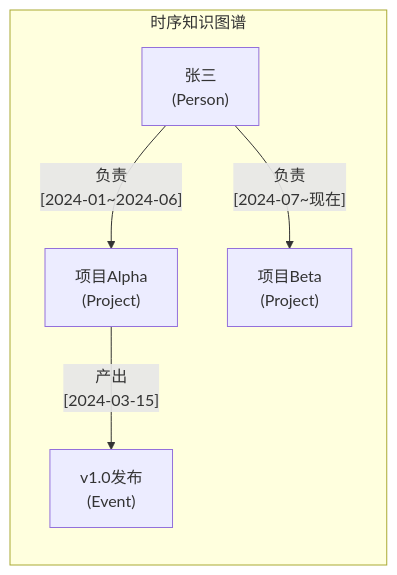
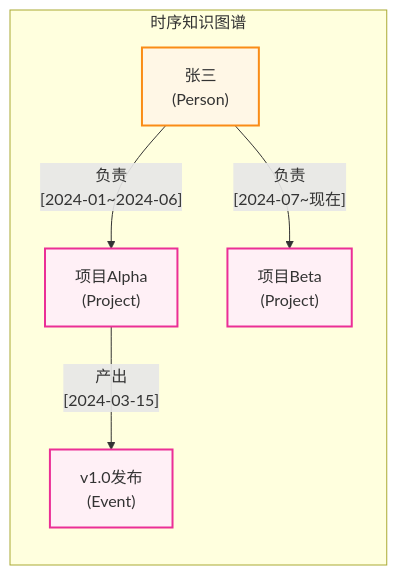
Before and after one commit to yeasy/agentic_ai_guide: the second of 4 diagrams in 03_memory/3.5_graph_memory.md, drawn with Mermaid. The commit also changed other lines of this file and 36 other files, not shown here.

````diff
--- a/03_memory/3.5_graph_memory.md
+++ b/03_memory/3.5_graph_memory.md
@@ -44,13 +52,20 @@
 ```mermaid
 graph LR
+    %% Agentic Design System
+    classDef user fill:#fff7e6,stroke:#fa8c16,stroke-width:2px;
+    classDef memory fill:#fff0f6,stroke:#eb2f96,stroke-width:2px;
+
     subgraph TKG["时序知识图谱"]
         E1["张三<br/>(Person)"]
         E2["项目Alpha<br/>(Project)"]
         E3["v1.0发布<br/>(Event)"]
         E4["项目Beta<br/>(Project)"]
         
         E1 -->|"负责<br/>[2024-01~2024-06]"| E2
         E1 -->|"负责<br/>[2024-07~现在]"| E4
         E2 -->|"产出<br/>[2024-03-15]"| E3
     end
+    
+    class E1 user;
+    class E2,E3,E4 memory;
 ```
````
